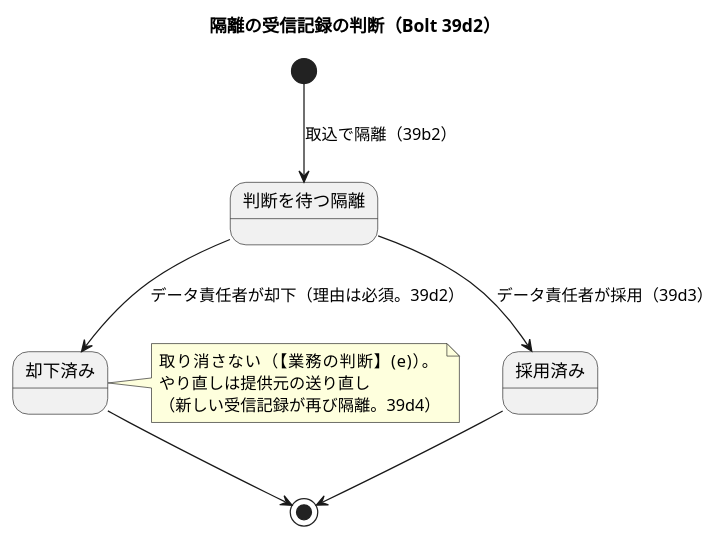
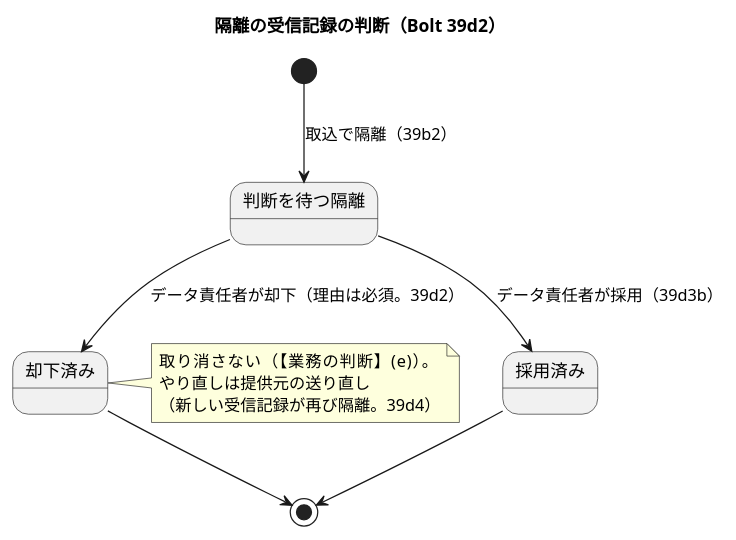
Diagram 21 of 24 in docs/design/cargo-tracker/domain_model.md (k2works/practical-domain-driven-design-in-enterpris-application), drawn with PlantUML before and after one commit. The commit also changed other lines of this file and 12 other files, not shown here.

````diff
--- a/docs/design/cargo-tracker/domain_model.md
+++ b/docs/design/cargo-tracker/domain_model.md
@@ -1527,15 +1532,15 @@
 ```plantuml
 @startuml
 title 隔離の受信記録の判断（Bolt 39d2）
 [*] --> 判断を待つ隔離 : 取込で隔離（39b2）
 判断を待つ隔離 --> 却下済み : データ責任者が却下（理由は必須。39d2）
-判断を待つ隔離 --> 採用済み : データ責任者が採用（39d3）
+判断を待つ隔離 --> 採用済み : データ責任者が採用（39d3b）
 却下済み --> [*]
 採用済み --> [*]
 note right of 却下済み
   取り消さない（【業務の判断】(e)）。
   やり直しは提供元の送り直し
   （新しい受信記録が再び隔離。39d4）
 end note
 @enduml
 ```
````
